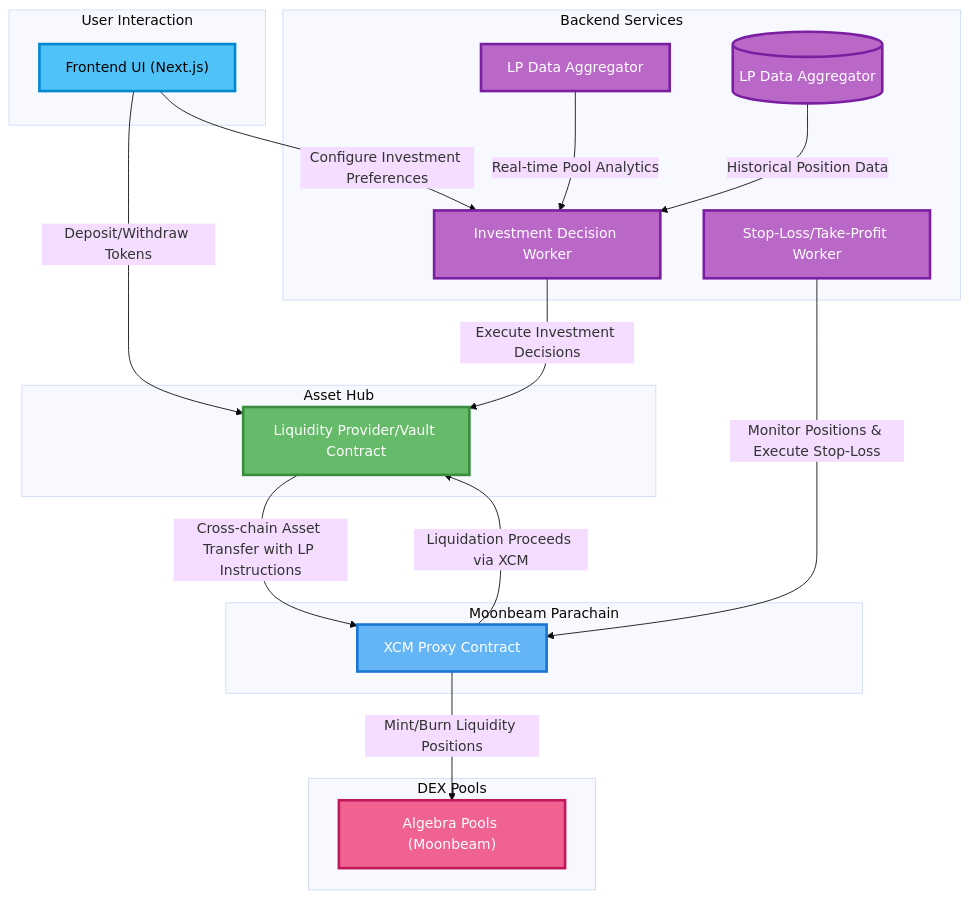
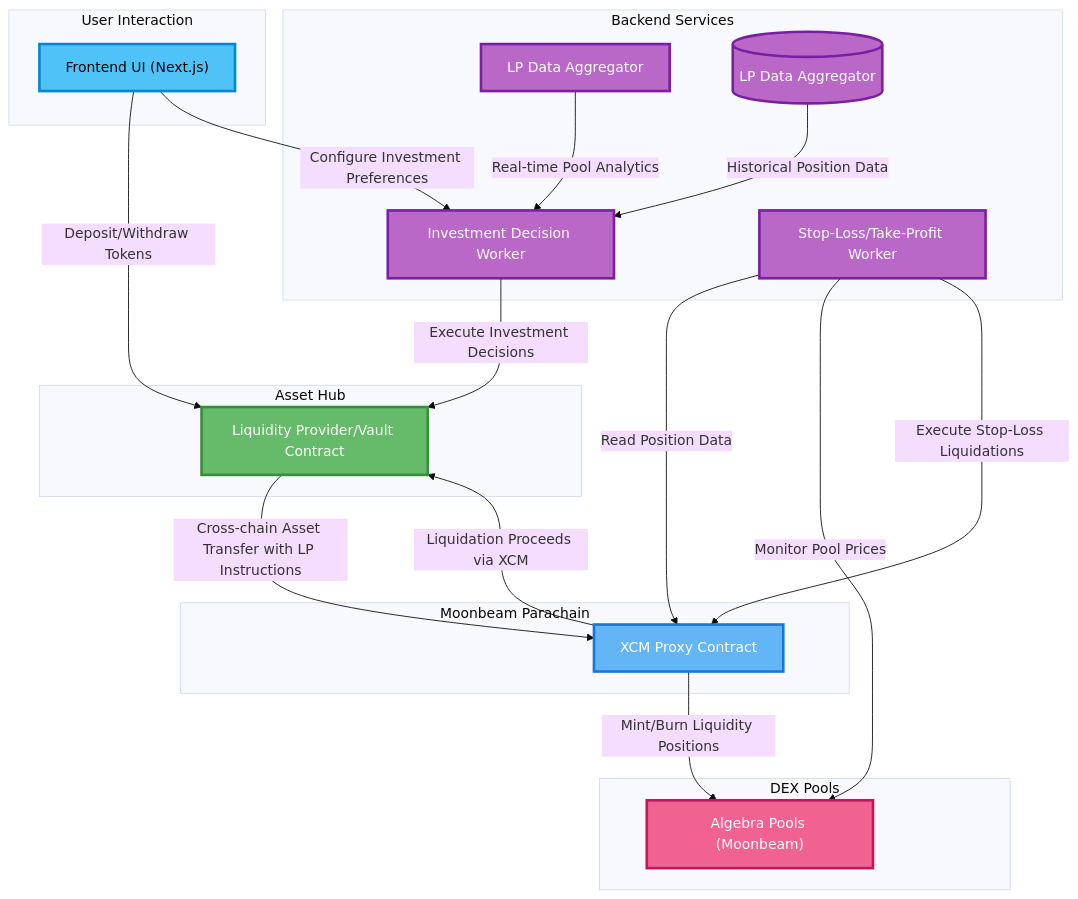
Before and after one commit to w3f/Grants-Program: the diagram in applications/LiquiDot.md, drawn with Mermaid (base theme).

Commit message:
Refactor

````diff
--- a/applications/LiquiDot.md
+++ b/applications/LiquiDot.md
@@ -29,50 +29,52 @@
 ```mermaid
 graph TB
     subgraph User["User Interaction"]
         Frontend["Frontend UI (Next.js)"]
     end
 
     subgraph Backend["Backend Services"]
         PoolAnalytics["LP Data Aggregator"]
         IDWorker["Investment Decision Worker"]
         StopLossWorker["Stop-Loss/Take-Profit Worker"]
         PostgreSQL[(LP Data Aggregator)]
     end
 
     subgraph AssetHub["Asset Hub"]
         AssetsPallet["Liquidity Provider/Vault Contract"]
     end
 
     subgraph Moonbeam["Moonbeam Parachain"]
         XCMProxy["XCM Proxy Contract"]
     end
 
     subgraph DEXes["DEX Pools"]
         AlgebraPools["Algebra Pools (Moonbeam)"]
     end
 
     Frontend -->|Deposit/Withdraw Tokens| AssetsPallet
     Frontend -->|Configure Investment Preferences| IDWorker
 
     PostgreSQL -->|Historical Position Data| IDWorker
     PoolAnalytics -->|Real-time Pool Analytics| IDWorker
     IDWorker -->|Execute Investment Decisions| AssetsPallet
 
     AssetsPallet -->|Cross-chain Asset Transfer with LP Instructions| XCMProxy
     XCMProxy -->|Mint/Burn Liquidity Positions| AlgebraPools
     XCMProxy -->|Liquidation Proceeds via XCM| AssetsPallet
 
-    StopLossWorker -->|Monitor Positions & Execute Stop-Loss| XCMProxy
+    StopLossWorker -->|Read Position Data| XCMProxy
+    StopLossWorker -->|Monitor Pool Prices| AlgebraPools
+    StopLossWorker -->|Execute Stop-Loss Liquidations| XCMProxy
 
     classDef userLayer fill:#4fc3f7,stroke:#0288d1,stroke-width:3px,color:#000
     classDef backendLayer fill:#ba68c8,stroke:#7b1fa2,stroke-width:3px,color:#fff
     classDef assetHubLayer fill:#66bb6a,stroke:#388e3c,stroke-width:3px,color:#fff
     classDef moonbeamLayer fill:#64b5f6,stroke:#1976d2,stroke-width:3px,color:#fff
     classDef dexLayer fill:#f06292,stroke:#c2185b,stroke-width:3px,color:#fff
 
     class Frontend userLayer
     class PoolAnalytics,IDWorker,StopLossWorker,PostgreSQL backendLayer
     class AssetsPallet assetHubLayer
     class XCMProxy moonbeamLayer
     class AlgebraPools dexLayer
 ```
````
